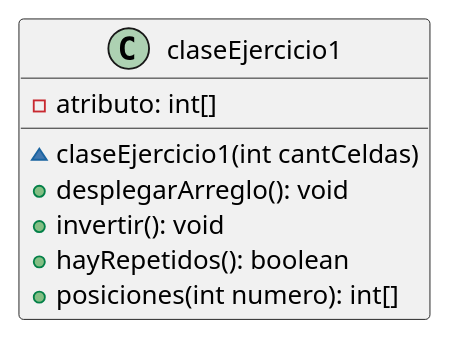
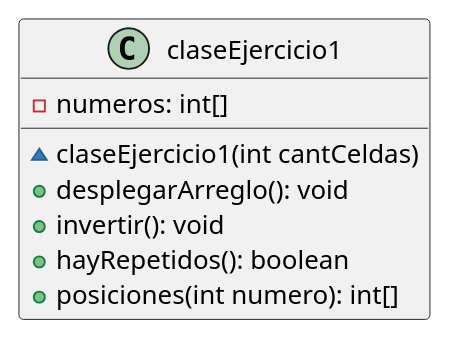
One commit to akrugort/Programacion1 changed the diagram in TP1-KRUG-NEVADO/Ejercicio 1/TP1-PR1-KRUG_Ej1.puml. Above: the diagram before and after it, drawn with PlantUML. The commit also changed 9 other files, not shown here.

```diff
--- a/TP1-KRUG-NEVADO/Ejercicio 1/TP1-PR1-KRUG_Ej1.puml
+++ b/TP1-KRUG-NEVADO/Ejercicio 1/TP1-PR1-KRUG_Ej1.puml
@@ -1,13 +1,13 @@
 @startuml ArreglosMatrices_Ejercicio1
 
 class claseEjercicio1{
-    -atributo: int[]
+    -numeros: int[]
 
     ~claseEjercicio1(int cantCeldas)
     +desplegarArreglo(): void
     +invertir(): void
     +hayRepetidos(): boolean
     +posiciones(int numero): int[]
 }
 
 @enduml
```
